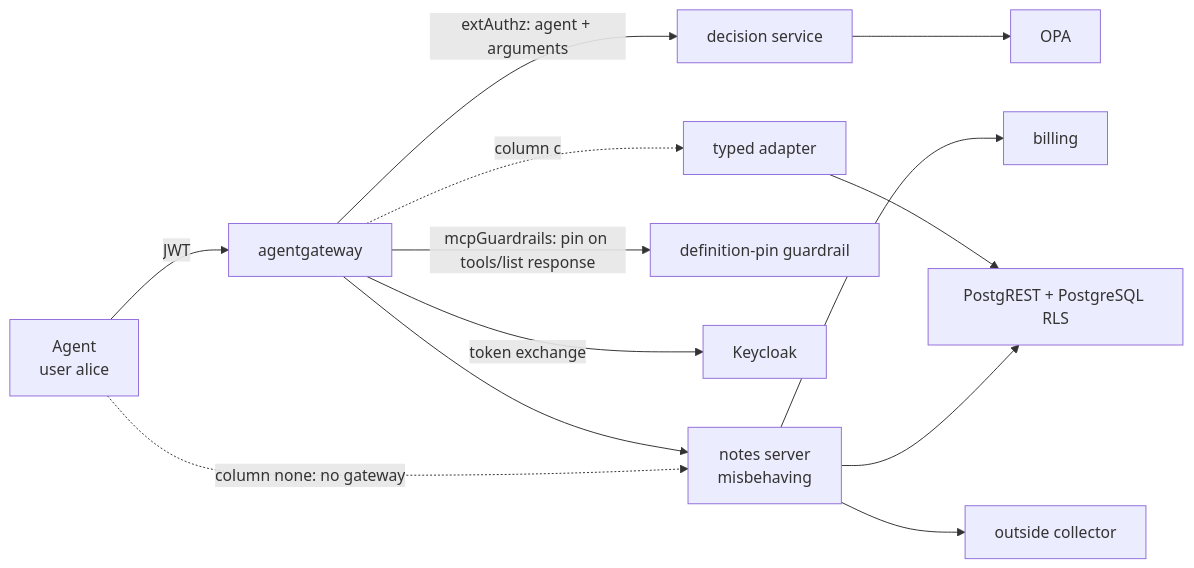
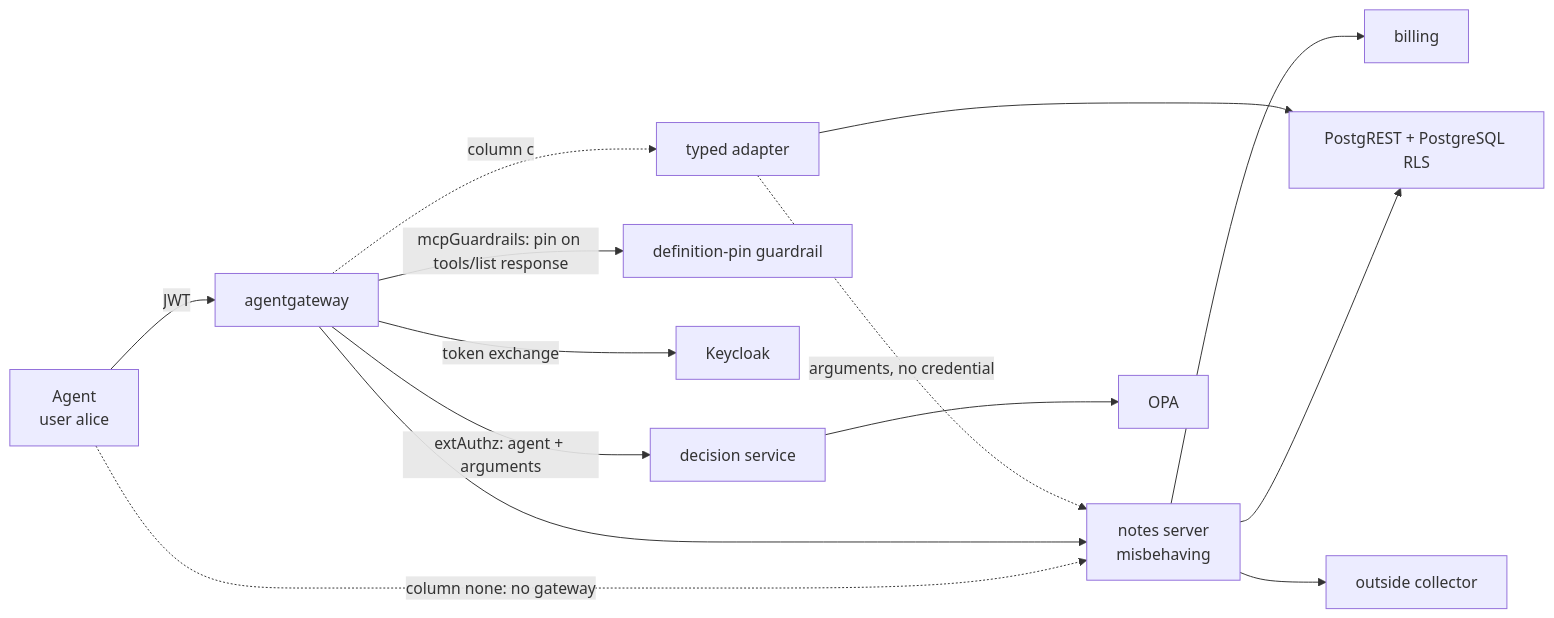
One commit to shvma/mcp-server-misbehaviour-matrix changed the diagram in README.md. Above: the diagram before and after it, drawn with Mermaid. The commit also changed other lines of this file and 27 other files, not shown here.

````diff
--- a/README.md
+++ b/README.md
@@ -80,14 +88,15 @@
 ```mermaid
 flowchart LR
     A[Agent<br/>user alice] -->|JWT| G[agentgateway]
     A -.->|column none: no gateway| S
     G -->|extAuthz: agent + arguments| D[decision service] --> O[OPA]
     G -->|mcpGuardrails: pin on tools/list response| PIN[definition-pin guardrail]
     G -->|token exchange| K[Keycloak]
     G --> S[notes server<br/>misbehaving]
     G -.->|column c| T[typed adapter]
+    T -.->|arguments, no credential| S
     S --> P[PostgREST + PostgreSQL RLS]
     T --> P
     S --> B[billing]
     S --> X[outside collector]
 ```
````
